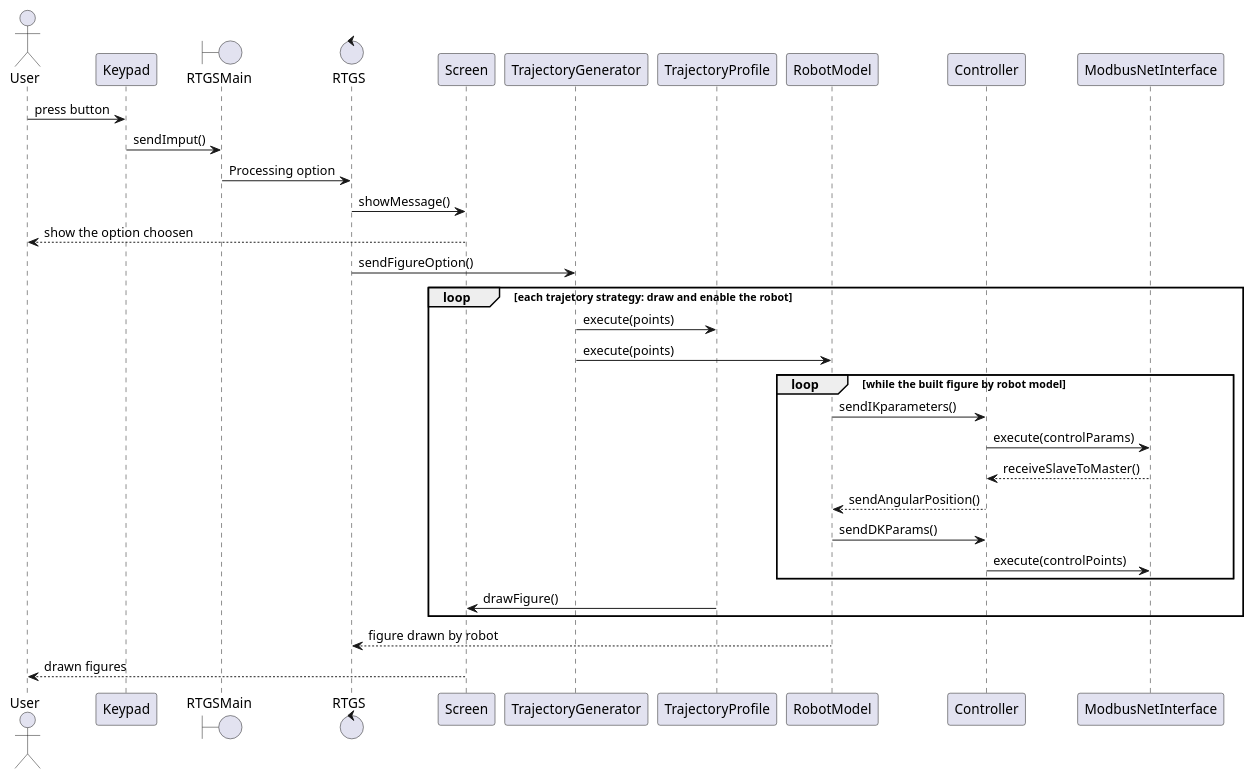
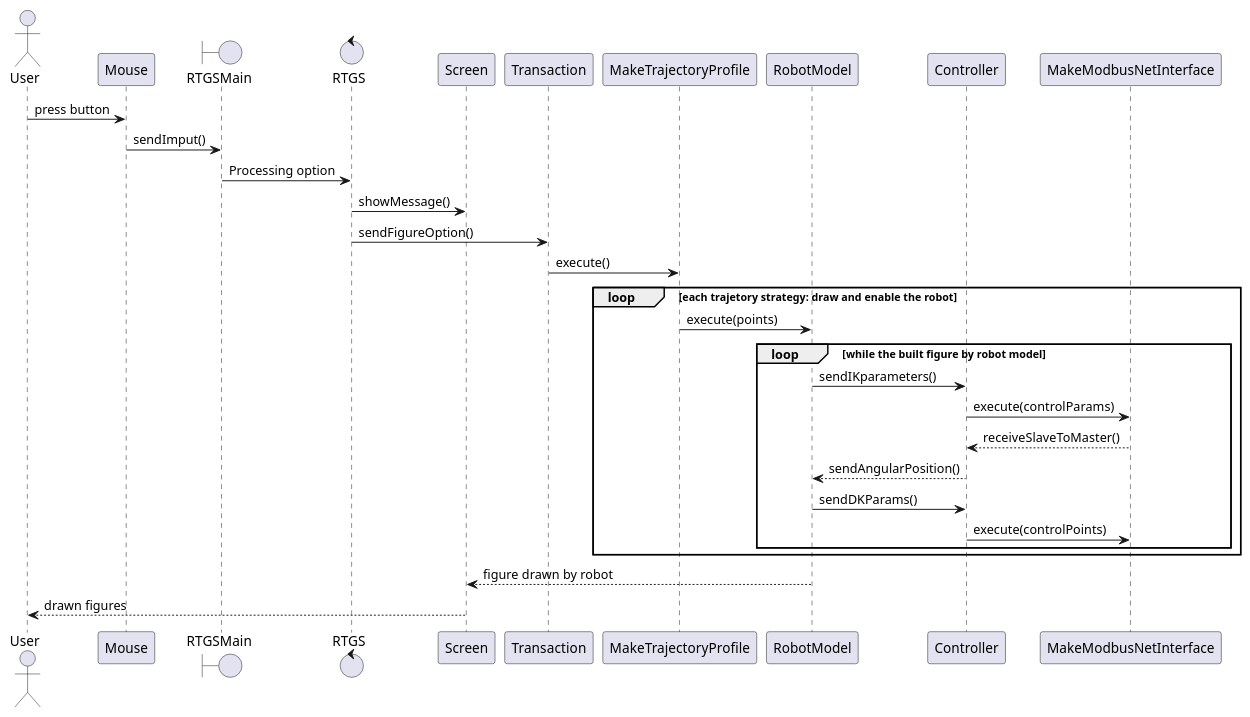
One commit to MarcioFreitasUFSC21/RTGS-Master-Course-System changed the diagram in SequenceDiagOp2.plantuml. Above: the diagram before and after it, drawn with PlantUML. The commit also changed 8 other files, not shown here.

```diff
--- a/SequenceDiagOp2.plantuml
+++ b/SequenceDiagOp2.plantuml
@@ -1,27 +1,25 @@
 @startuml
 actor User as Foo1
-Foo1 -> Keypad: press button
+Foo1 -> Mouse: press button
 boundary RTGSMain as Foo2
-Keypad -> Foo2: sendImput()
+Mouse -> Foo2: sendImput()
 control RTGS as Foo3
 Foo2 -> Foo3: Processing option
 Foo3 -> Screen: showMessage()
-Screen --> Foo1: show the option choosen
-Foo3 -> TrajectoryGenerator: sendFigureOption()
+Foo3 -> Transaction: sendFigureOption()
+Transaction -> MakeTrajectoryProfile: execute()
  loop each trajetory strategy: draw and enable the robot 
-    TrajectoryGenerator ->TrajectoryProfile:execute(points)
-    TrajectoryGenerator ->RobotModel: execute(points)
+    MakeTrajectoryProfile ->RobotModel: execute(points)
     loop while the built figure by robot model
        RobotModel ->Controller:sendIKparameters()
-       Controller -> ModbusNetInterface:execute(controlParams)
-       ModbusNetInterface -->Controller:receiveSlaveToMaster()
+       Controller -> MakeModbusNetInterface:execute(controlParams)
+       MakeModbusNetInterface -->Controller:receiveSlaveToMaster()
        Controller --> RobotModel: sendAngularPosition()
        RobotModel ->Controller:sendDKParams()
-       Controller ->ModbusNetInterface: execute(controlPoints)
+       Controller ->MakeModbusNetInterface: execute(controlPoints)
     end
-    
-    TrajectoryProfile -> Screen: drawFigure()
+
 end
-RobotModel -->Foo3: figure drawn by robot
+RobotModel -->Screen: figure drawn by robot
 Screen --> Foo1: drawn figures
 @enduml
```
